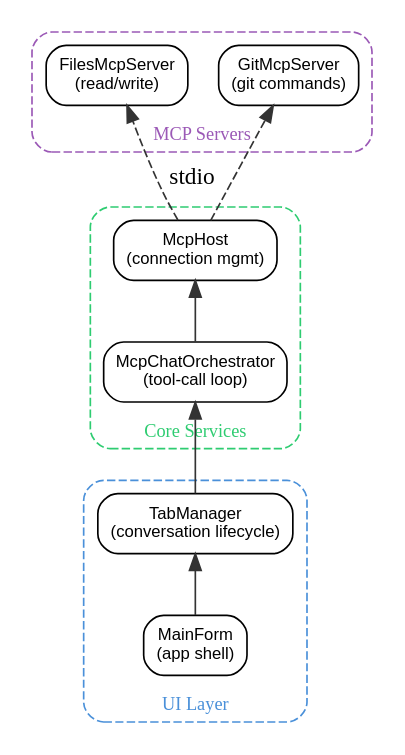
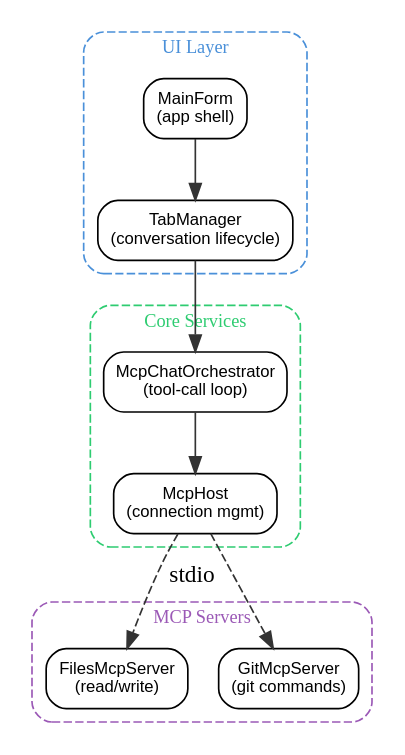
Before and after one commit to imclerran/gxpt: the second of 2 diagrams in skills/graphviz-diagrams/SKILL.md, drawn with Graphviz.

Commit message:
graphviz skill: use canonical top-down arrows in architecture example
Switch the clustered architecture example from rankdir=BT to rankdir=TB
so it reads top-down (UI -> services -> servers) with arrows pointing
downward in the conventional caller-to-callee direction.

Claude-Session: https://claude.ai/code/session_015kLKwKTTCHceBTskRXJ43A

````diff
--- a/skills/graphviz-diagrams/SKILL.md
+++ b/skills/graphviz-diagrams/SKILL.md
@@ -84,31 +84,31 @@
 ```dot
 digraph {
-  rankdir=BT;
+  rankdir=TB;
   node [shape=box, style=rounded, fontname="Arial", fontsize=10];
   edge [color="#333333"];
 
   subgraph cluster_ui {
     label="UI Layer"; style="rounded,dashed"; color="#4A90D9"; fontcolor="#4A90D9"; fontsize=11;
     MainForm [label="MainForm\n(app shell)"];
     TabManager [label="TabManager\n(conversation lifecycle)"];
   }
 
   subgraph cluster_services {
     label="Core Services"; style="rounded,dashed"; color="#2ECC71"; fontcolor="#2ECC71"; fontsize=11;
     Orchestrator [label="McpChatOrchestrator\n(tool-call loop)"];
     McpHost [label="McpHost\n(connection mgmt)"];
   }
 
   subgraph cluster_servers {
     label="MCP Servers"; style="rounded,dashed"; color="#9B59B6"; fontcolor="#9B59B6"; fontsize=11;
     Files [label="FilesMcpServer\n(read/write)"];
     Git [label="GitMcpServer\n(git commands)"];
   }
 
   MainForm -> TabManager;
   TabManager -> Orchestrator;
   Orchestrator -> McpHost;
   McpHost -> Files [style=dashed, label="stdio"];
   McpHost -> Git [style=dashed];
 }
 ```
````
